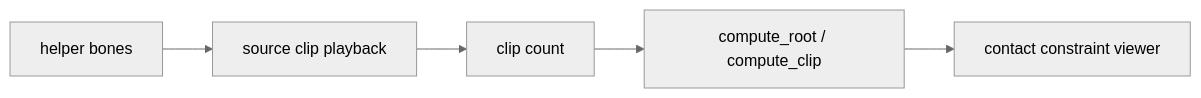
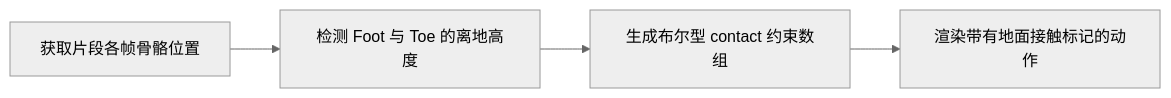
One commit to EvihGraphics/AnimationTech-HTC changed the fourth of 7 diagrams in docs/blog/AnimationPapers/near_optimal_character_animation_with_continuous_control/README.md. Above: the diagram before and after it, drawn with Mermaid (neutral theme). The commit also changed other lines of this file and 17 other files, not shown here.

Commit message:
docs(blog): standardize AnimationPapers and Theory with modular mermaid flows and media assets

````diff
--- a/docs/blog/AnimationPapers/near_optimal_character_animation_with_continuous_control/README.md
+++ b/docs/blog/AnimationPapers/near_optimal_character_animation_with_continuous_control/README.md
@@ -69,7 +95,6 @@
 ```mermaid
 flowchart LR
-    H[helper bones] --> C[source clip playback]
-    C --> N[clip count]
-    N --> R[compute_root / compute_clip]
-    R --> K[contact constraint viewer]
+    A[获取片段各帧骨骼位置] --> B[检测 Foot 与 Toe 的离地高度]
+    B --> C[生成布尔型 contact 约束数组]
+    C --> D[渲染带有地面接触标记的动作]
 ```
````
